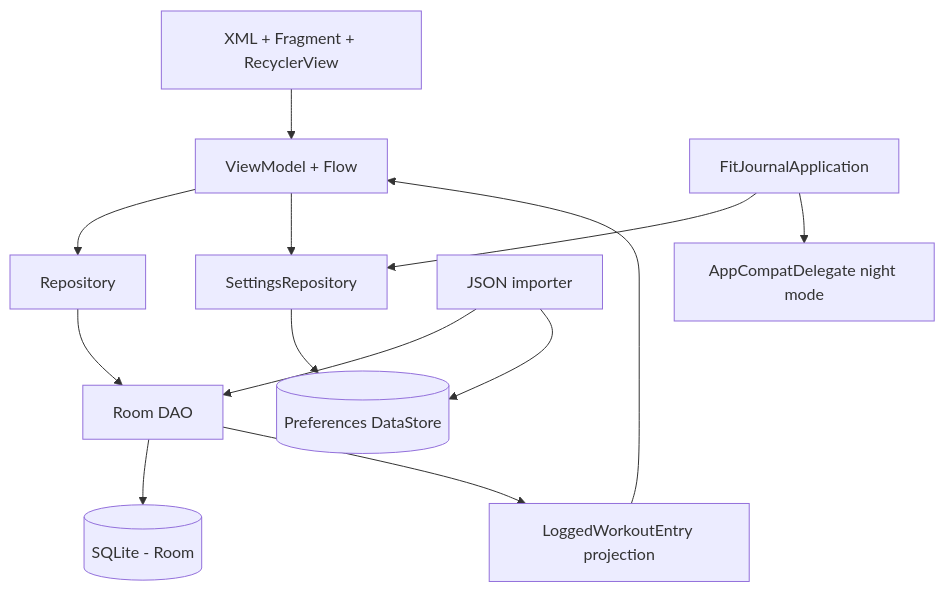
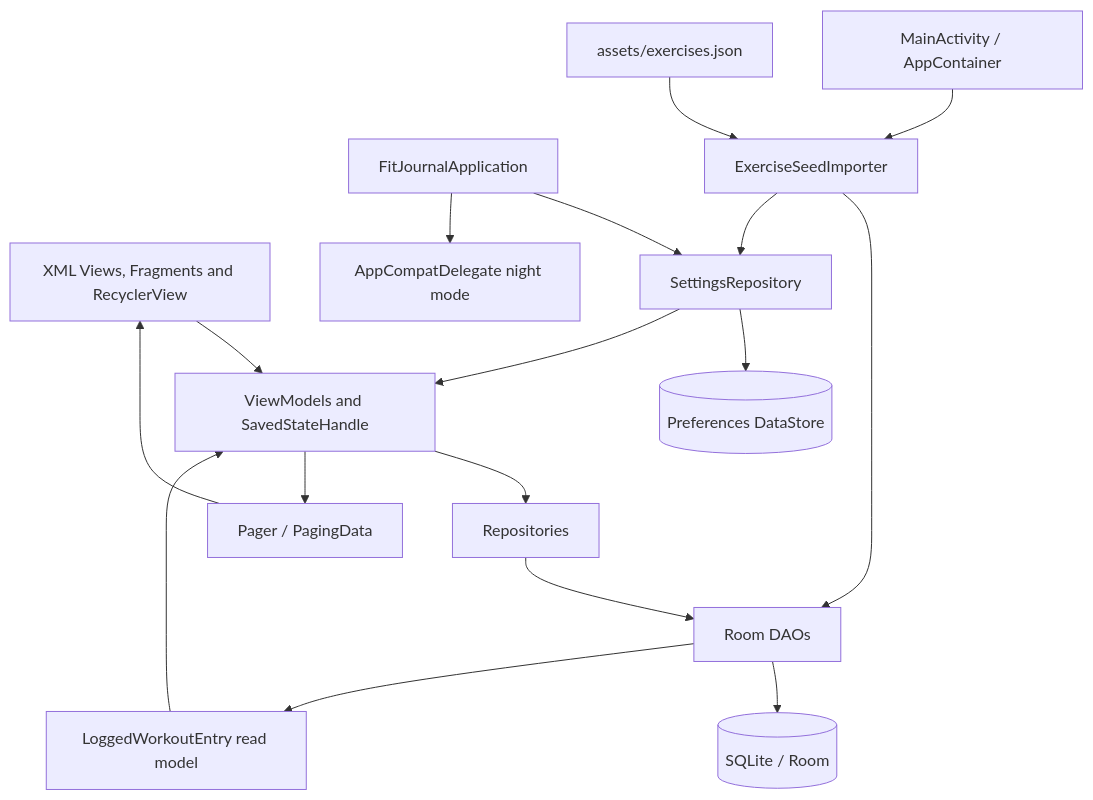
Before and after one commit to jefsaber/FitJournal: the first of 2 diagrams in docs/architecture.md, drawn with Mermaid. The commit also changed other lines of this file and 20 other files, not shown here.

````diff
--- a/docs/architecture.md
+++ b/docs/architecture.md
@@ -3,15 +5,19 @@
 ```mermaid
 flowchart TD
-  UI[XML + Fragment + RecyclerView] --> VM[ViewModel + Flow]
-  VM --> R[Repository]
-  R --> DAO[Room DAO]
-  DAO --> DB[(SQLite - Room)]
-  DAO --> JOIN[LoggedWorkoutEntry projection]
+  UI["XML Views, Fragments and RecyclerView"] --> VM["ViewModels and SavedStateHandle"]
+  VM --> R["Repositories"]
+  R --> DAO["Room DAOs"]
+  DAO --> DB[("SQLite / Room")]
+  DAO --> JOIN["LoggedWorkoutEntry read model"]
   JOIN --> VM
-  VM --> P[SettingsRepository]
-  P --> DS[(Preferences DataStore)]
-  IMP[JSON importer] --> DAO
-  IMP --> DS
-  APP[FitJournalApplication] --> P
-  APP --> NM[AppCompatDelegate night mode]
+  PREF["SettingsRepository"] --> DS[("Preferences DataStore")]
+  PREF --> VM
+  APP["FitJournalApplication"] --> PREF
+  APP --> THEME["AppCompatDelegate night mode"]
+  ACT["MainActivity / AppContainer"] --> IMPORT["ExerciseSeedImporter"]
+  IMPORT --> DAO
+  IMPORT --> PREF
+  ASSET["assets/exercises.json"] --> IMPORT
+  VM --> PAGER["Pager / PagingData"]
+  PAGER --> UI
 ```
````
